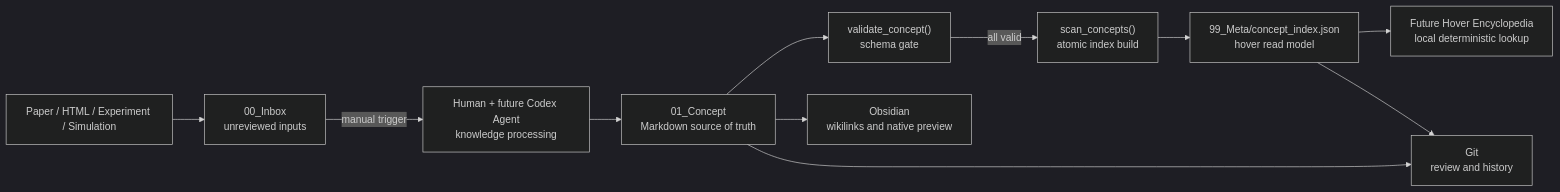
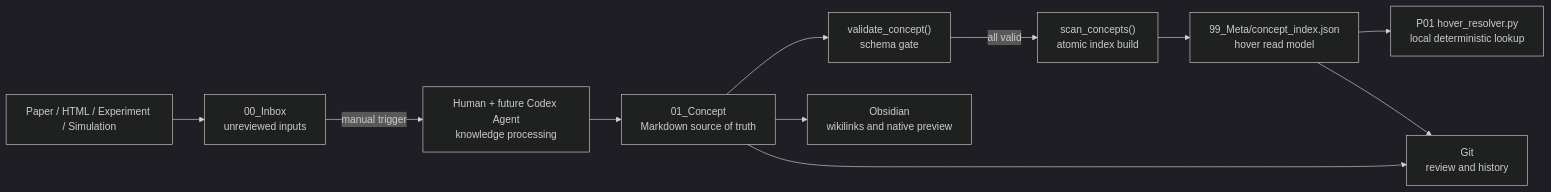
One commit to t626644510/personal-research-os changed the diagram in architecture.md. Above: the diagram before and after it, drawn with Mermaid (dark theme). The commit also changed other lines of this file and 27 other files, not shown here.

Commit message:
feat: implement offline hover encyclopedia prototype

````diff
--- a/architecture.md
+++ b/architecture.md
@@ -11,13 +11,13 @@
 ```mermaid
 flowchart LR
     S["Paper / HTML / Experiment / Simulation"] --> I["00_Inbox<br/>unreviewed inputs"]
     I -->|"manual trigger"| K["Human + future Codex Agent<br/>knowledge processing"]
     K --> C["01_Concept<br/>Markdown source of truth"]
     C --> V["validate_concept()<br/>schema gate"]
     V -->|"all valid"| X["scan_concepts()<br/>atomic index build"]
     X --> J["99_Meta/concept_index.json<br/>hover read model"]
     C --> O["Obsidian<br/>wikilinks and native preview"]
-    J --> H["Future Hover Encyclopedia<br/>local deterministic lookup"]
+    J --> H["P01 hover_resolver.py<br/>local deterministic lookup"]
     C --> G["Git<br/>review and history"]
     J --> G
 ```
````
